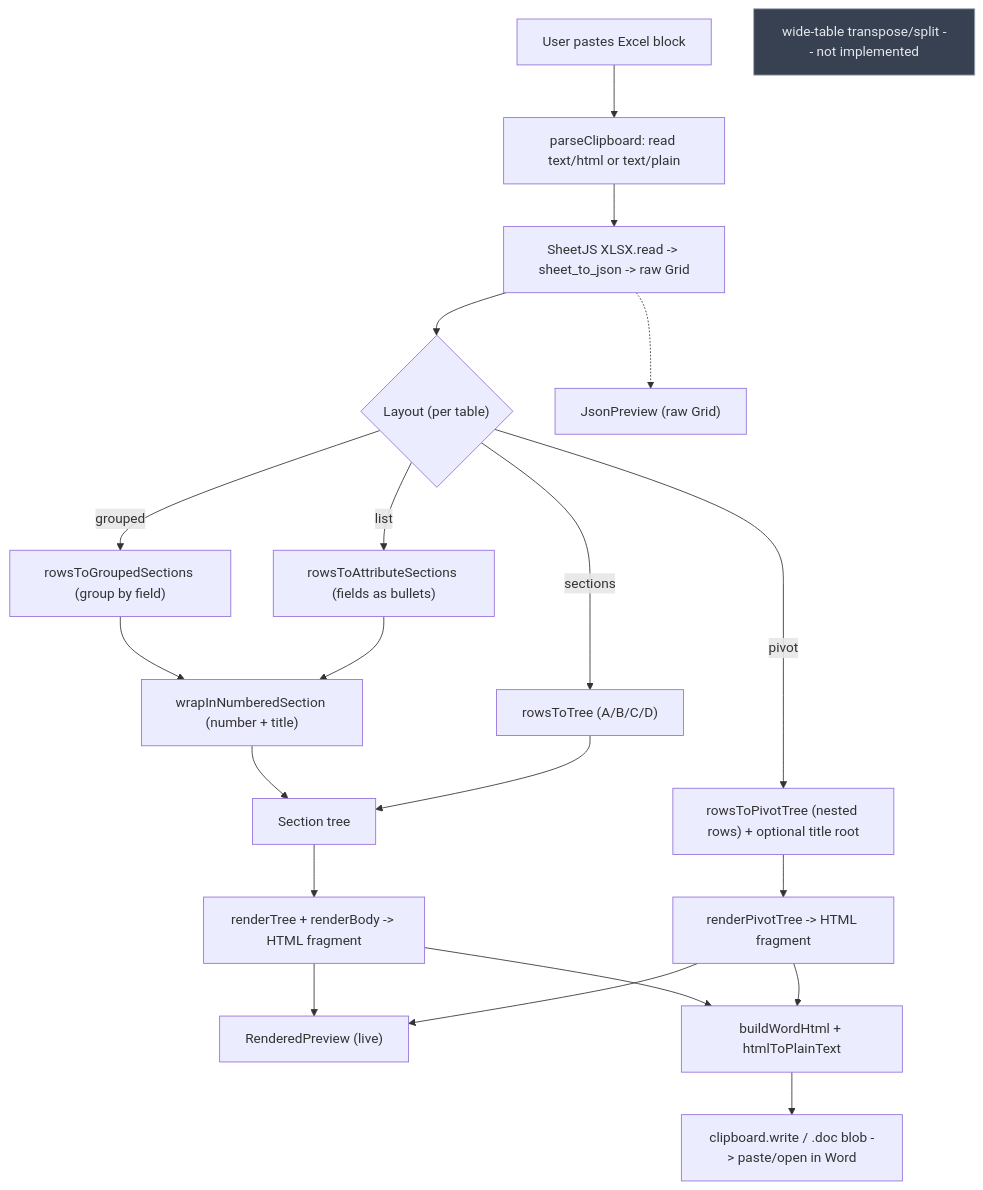
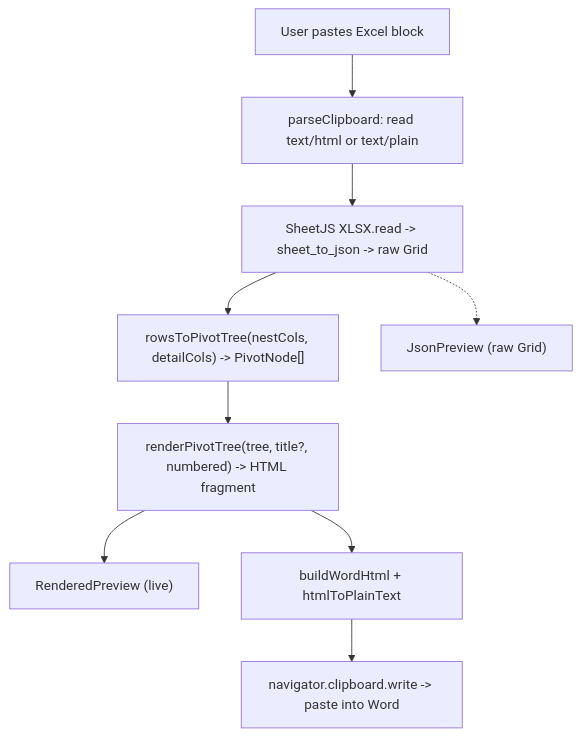
One commit to maybiiLen/Excel-Parser- changed the diagram in docs/ARCHITECTURE.md. Above: the diagram before and after it, drawn with Mermaid. The commit also changed other lines of this file and 13 other files, not shown here.

````diff
--- a/docs/ARCHITECTURE.md
+++ b/docs/ARCHITECTURE.md
@@ -126,34 +65,15 @@
 ```mermaid
 flowchart TD
     A["User pastes Excel block"]
     B["parseClipboard: read text/html or text/plain"]
     C["SheetJS XLSX.read -> sheet_to_json -> raw Grid"]
-    V{"Layout (per table)"}
-    G["rowsToGroupedSections (group by field)"]
-    L["rowsToAttributeSections (fields as bullets)"]
-    S["rowsToTree (A/B/C/D)"]
-    PV["rowsToPivotTree (nested rows) + optional title root"]
-    T["Section tree"]
-    R["renderTree + renderBody -> HTML fragment"]
-    RP["renderPivotTree -> HTML fragment"]
+    PV["rowsToPivotTree(nestCols, detailCols) -> PivotNode[]"]
+    RP["renderPivotTree(tree, title?, numbered) -> HTML fragment"]
     P["RenderedPreview (live)"]
     J["JsonPreview (raw Grid)"]
     W["buildWordHtml + htmlToPlainText"]
-    X["clipboard.write / .doc blob -> paste/open in Word"]
-    NW["wrapInNumberedSection (number + title)"]
-    A --> B --> C --> V
-    V -->|grouped| G --> NW
-    V -->|list| L --> NW
-    NW --> T
-    V -->|sections| S --> T
-    V -->|pivot| PV --> RP
-    T --> R --> P
-    RP --> P
+    X["navigator.clipboard.write -> paste into Word"]
+    A --> B --> C --> PV --> RP --> P
     C -.-> J
-    R --> W --> X
-    RP --> W
-
-    K["wide-table transpose/split -- not implemented"]
-    class K deferred;
-    classDef deferred fill:#374151,stroke:#9ca3af,color:#e5e7eb;
+    RP --> W --> X
 ```
````
